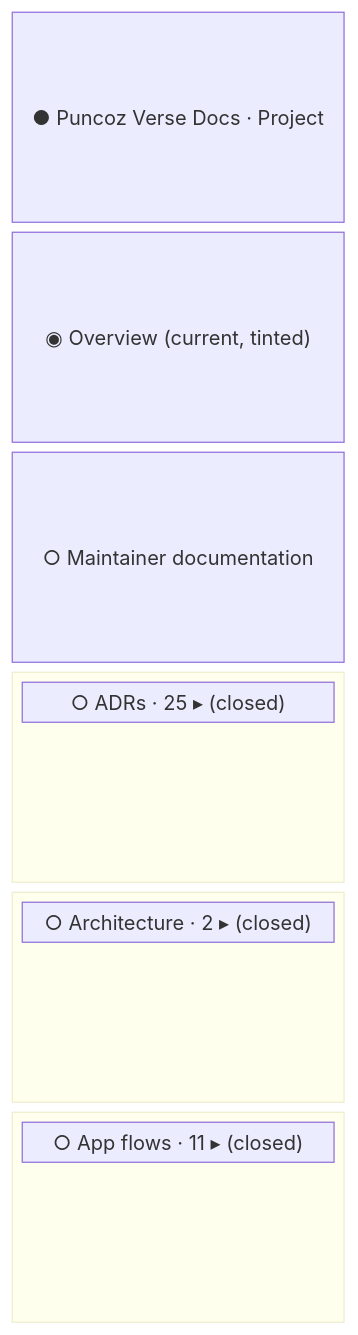
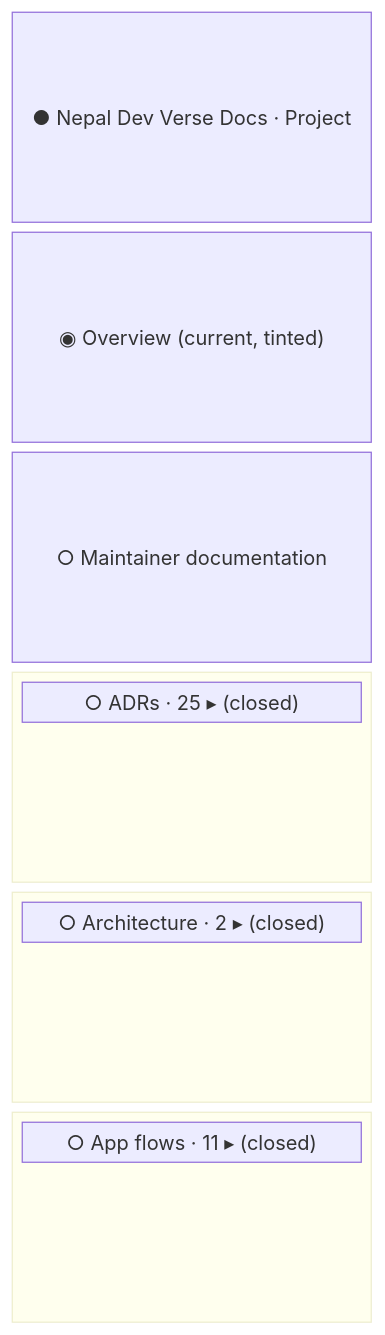
The fourth of 4 diagrams in content/docs/maintain/app-flow/overview-sidebar.mdx (nepal-dev-com/docs.nepal-dev.com), drawn with Mermaid before and after one commit. The commit also changed 145 other files, not shown here.

Commit message:
nepal dev docs

````diff
--- a/content/docs/maintain/app-flow/overview-sidebar.mdx
+++ b/content/docs/maintain/app-flow/overview-sidebar.mdx
@@ -129,19 +129,19 @@
 ```mermaid
 block-beta
   columns 4
-  chip["● Puncoz Verse Docs · Project"]:4
+  chip["● Nepal Dev Verse Docs · Project"]:4
   ov["◉ Overview (current, tinted)"]:4
   p1["○ Maintainer documentation"]:4
   block:s1:4
     columns 4
     h1["○ ADRs · 25 ▸ (closed)"]:4
   end
   block:s2:4
     columns 4
     h2["○ Architecture · 2 ▸ (closed)"]:4
   end
   block:s3:4
     columns 4
     h3["○ App flows · 11 ▸ (closed)"]:4
   end
 ```
````
